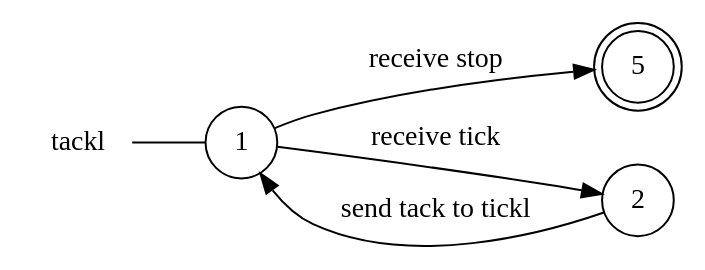
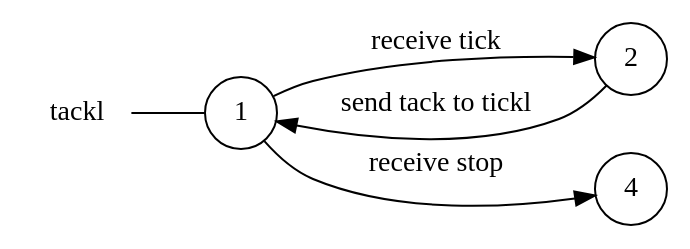
One commit to gabrielegenovese/chorer changed the diagram in example/ticktack/tackl_local_view.dot. Above: the diagram before and after it, drawn with Graphviz. The commit also changed 11 other files, not shown here.

```diff
--- a/example/ticktack/tackl_local_view.dot
+++ b/example/ticktack/tackl_local_view.dot
@@ -1,12 +1,12 @@
 digraph tackl {
 	rankdir="LR";
 	n_0 [label="tackl", shape="plaintext"];
-	n_1 [id="5", shape=doublecircle, label="5"];
-	n_2 [id="1", shape=circle, label="1"];
-	n_0 -> n_2 [arrowhead=none];
-	n_3 [id="2", shape=circle, label="2"];
+	n_1 [id="1", shape=circle, label="1"];
+	n_0 -> n_1 [arrowhead=none];
+	n_2 [id="2", shape=circle, label="2"];
+	n_3 [id="4", shape=circle, label="4"];
 
-	n_2 -> n_1 [id="[$e|5]", label="receive stop"];
-	n_2 -> n_3 [id="[$e|0]", label="receive tick"];
-	n_3 -> n_2 [id="[$e|6]", label="send tack to tickl"];
+	n_1 -> n_2 [id="[$e|4]", label="receive tick"];
+	n_2 -> n_1 [id="[$e|5]", label="send tack to tickl"];
+	n_1 -> n_3 [id="[$e|3]", label="receive stop"];
 }
```
